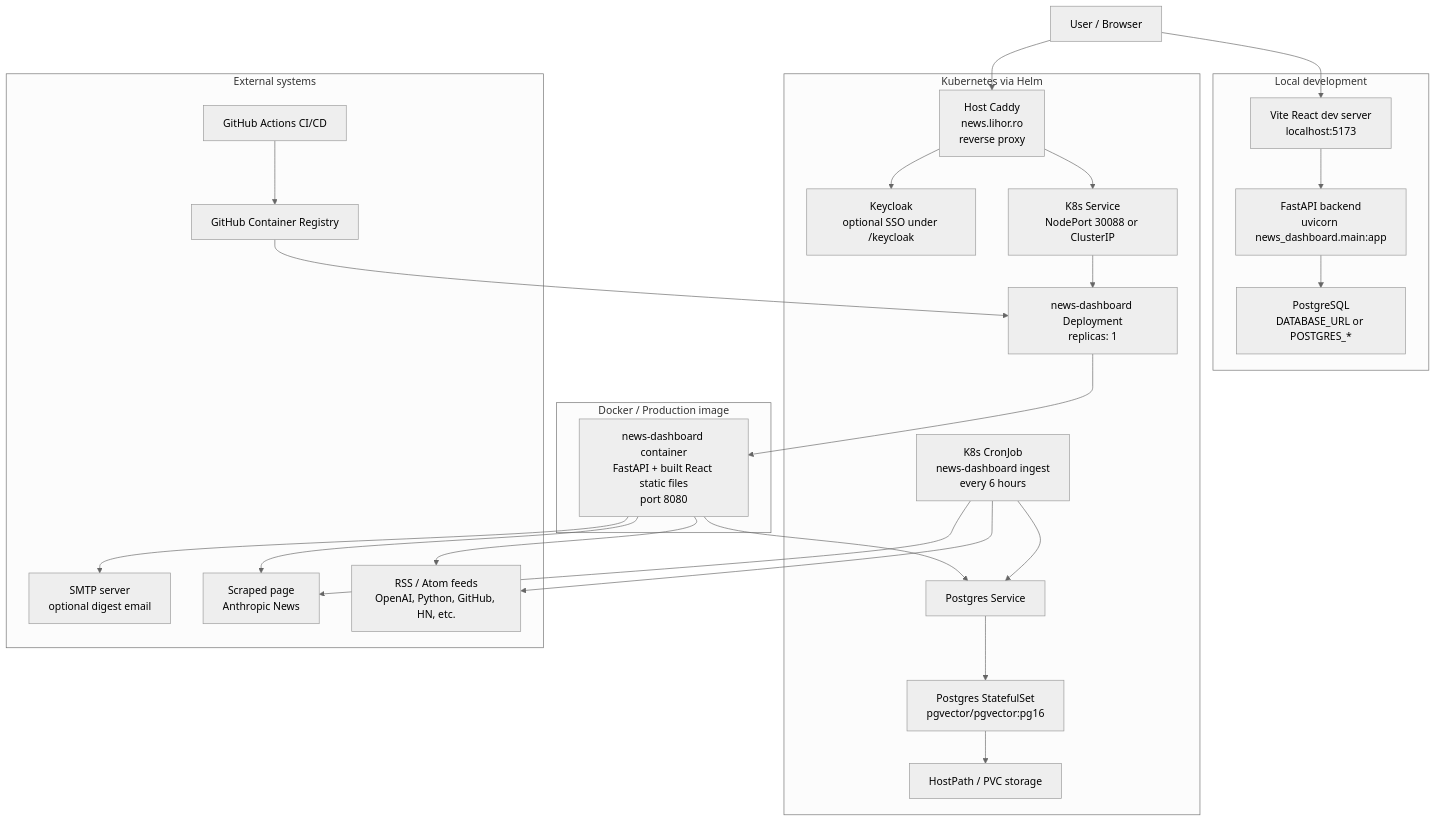
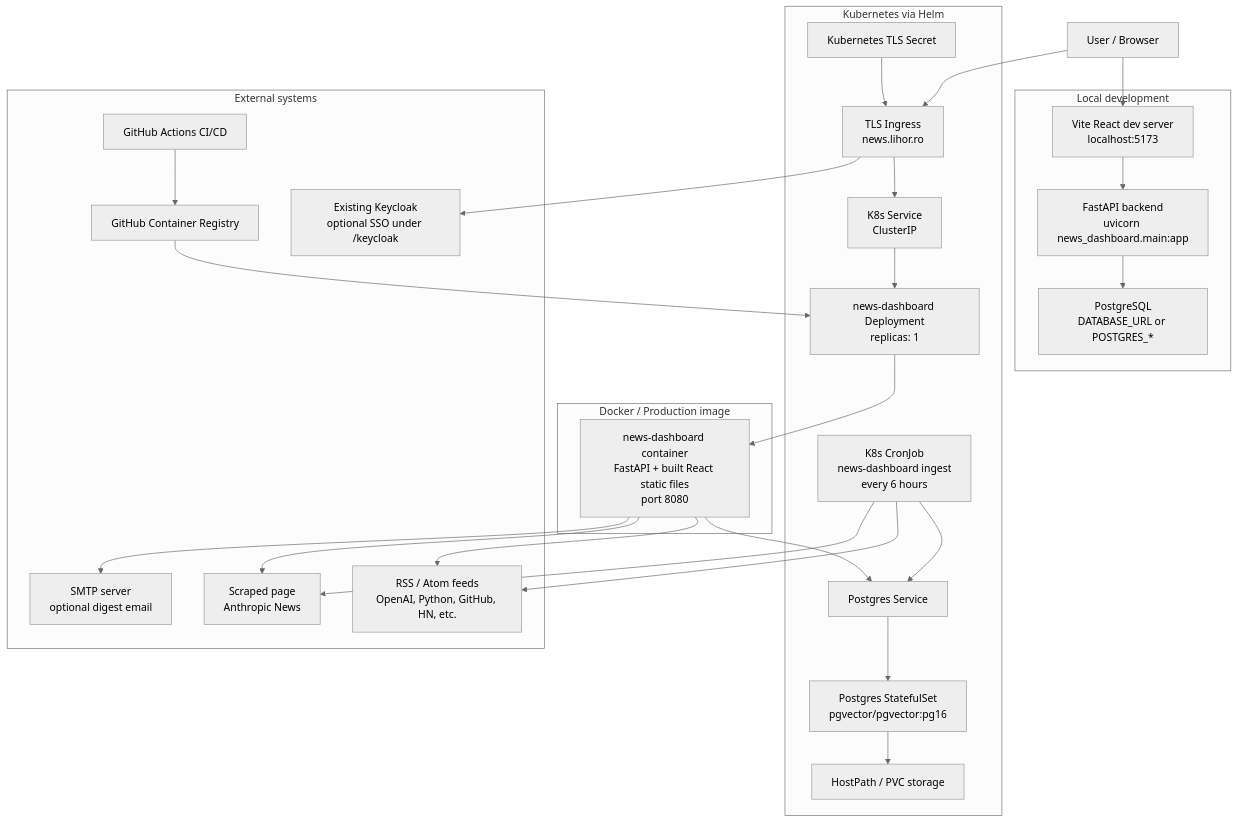
Before and after one commit to lihor-hub/news-dashboard: the first of 5 diagrams in website/docs/architecture/index.md, drawn with Mermaid (neutral theme). The commit also changed other lines of this file and 78 other files, not shown here.

````diff
--- a/website/docs/architecture/index.md
+++ b/website/docs/architecture/index.md
@@ -32,53 +32,55 @@
 ```mermaid
 flowchart TB
   User["User / Browser"]
 
   subgraph LocalDev["Local development"]
     Vite["Vite React dev server<br/>localhost:5173"]
     FastAPIDev["FastAPI backend<br/>uvicorn news_dashboard.main:app"]
     PostgresDev["PostgreSQL<br/>DATABASE_URL or POSTGRES_*"]
   end
 
   subgraph Container["Docker / Production image"]
     App["news-dashboard container<br/>FastAPI + built React static files<br/>port 8080"]
   end
 
   subgraph Kubernetes["Kubernetes via Helm"]
-    Caddy["Host Caddy<br/>news.lihor.ro<br/>reverse proxy"]
-    Keycloak["Keycloak<br/>optional SSO under /keycloak"]
-    Service["K8s Service<br/>NodePort 30088 or ClusterIP"]
+    Ingress["TLS Ingress<br/>news.lihor.ro"]
+    TLS["Kubernetes TLS Secret"]
+    Service["K8s Service<br/>ClusterIP"]
     Deployment["news-dashboard Deployment<br/>replicas: 1"]
     CronJob["K8s CronJob<br/>news-dashboard ingest<br/>every 6 hours"]
     PostgresSvc["Postgres Service"]
     Postgres["Postgres StatefulSet<br/>pgvector/pgvector:pg16"]
     PVC["HostPath / PVC storage"]
   end
 
   subgraph External["External systems"]
     Feeds["RSS / Atom feeds<br/>OpenAI, Python, GitHub, HN, etc."]
     Scraped["Scraped page<br/>Anthropic News"]
     SMTP["SMTP server<br/>optional digest email"]
     GHCR["GitHub Container Registry"]
     Actions["GitHub Actions CI/CD"]
+    Keycloak["Existing Keycloak<br/>optional SSO under /keycloak"]
   end
 
   User --> Vite
   Vite --> FastAPIDev
   FastAPIDev --> PostgresDev
 
-  User --> Caddy
-  Caddy --> Service --> Deployment
-  Caddy --> Keycloak
+  User --> Ingress
+  TLS --> Ingress
+  Ingress --> Service --> Deployment
+  Ingress --> Keycloak
   Deployment --> App
   App --> PostgresSvc --> Postgres --> PVC
   CronJob --> PostgresSvc
   CronJob --> Feeds
   CronJob --> Scraped
 
   App --> Feeds
   App --> Scraped
   App --> SMTP
 
   Actions --> GHCR
   GHCR --> Deployment
 ```
````
